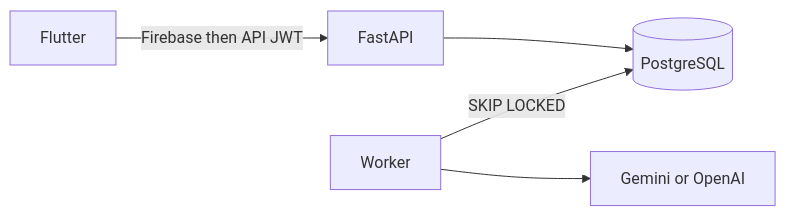
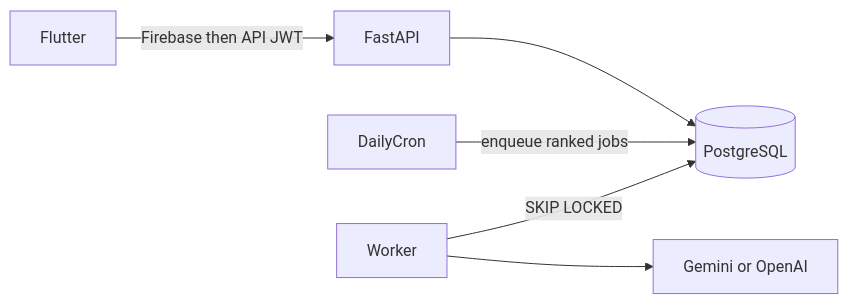
The first of 2 diagrams in docs/ARCHITECTURE.md (dezwier/learnfromai), drawn with Mermaid before and after one commit. The commit also changed other lines of this file and 23 other files, not shown here.

First line of the commit message:
Implement daily ranking cron and enhance job scoring system

````diff
--- a/docs/ARCHITECTURE.md
+++ b/docs/ARCHITECTURE.md
@@ -5,12 +5,14 @@
 ```mermaid
 flowchart LR
   flutter[Flutter]
   api[FastAPI]
   worker[Worker]
+  cron[DailyCron]
   db[(PostgreSQL)]
   llm[Gemini or OpenAI]
   flutter -->|Firebase then API JWT| api
   api --> db
+  cron -->|enqueue ranked jobs| db
   worker -->|SKIP LOCKED| db
   worker --> llm
 ```
````
